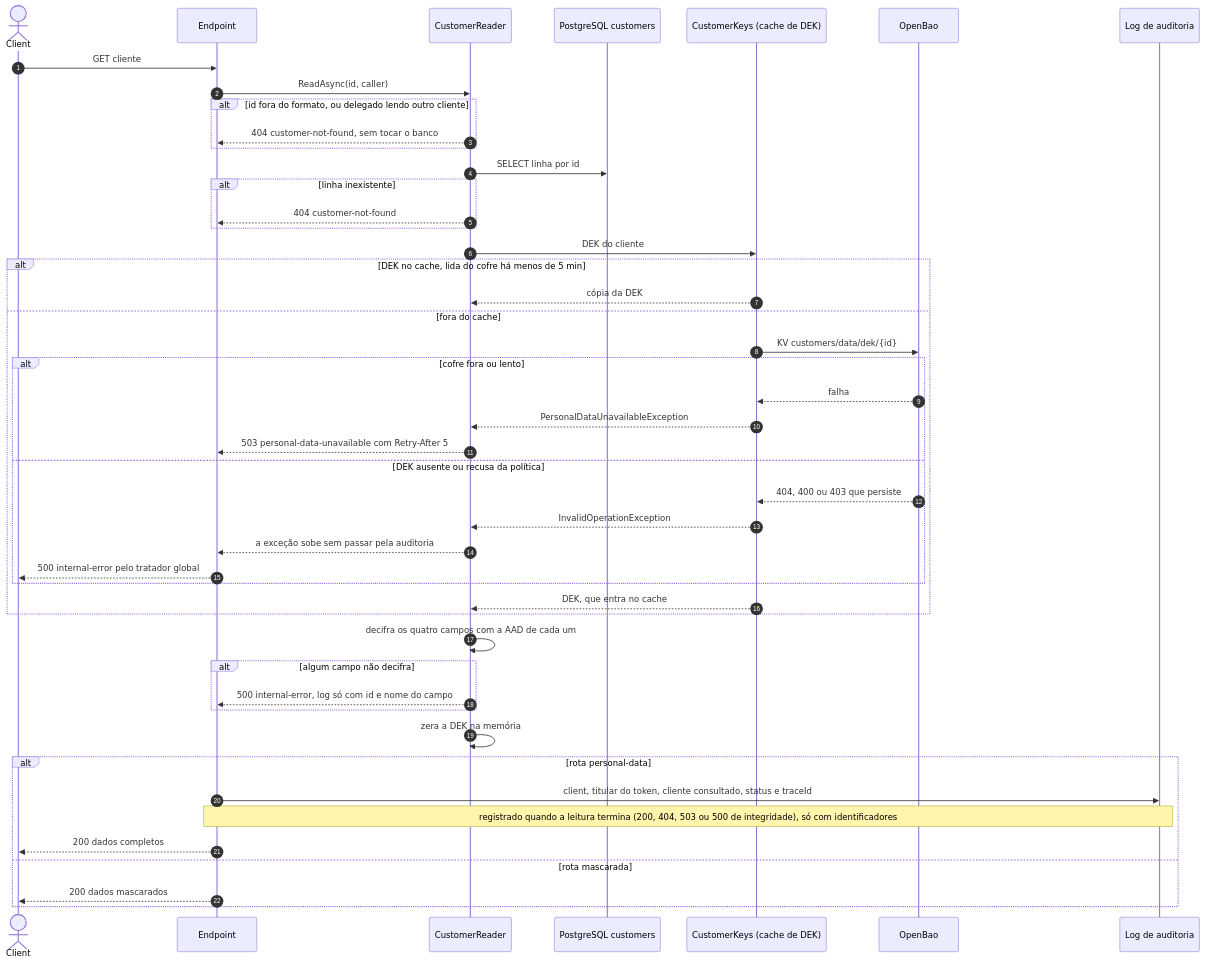
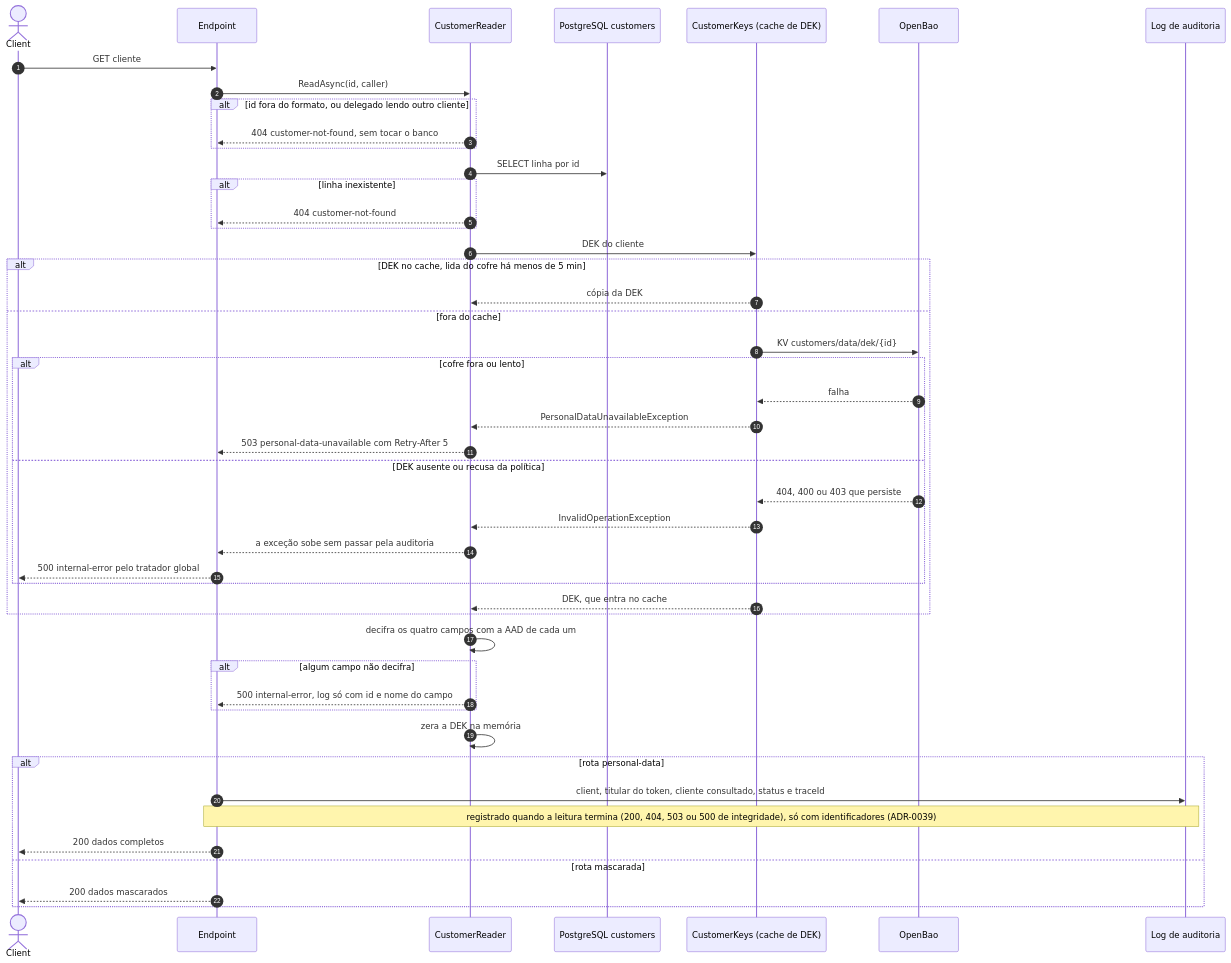
One commit to arthuurw/desafio-arquiteto-keyrus changed the second of 5 diagrams in docs/arquitetura/fluxos-customers.md. Above: the diagram before and after it, drawn with Mermaid. The commit also changed other lines of this file and 4 other files, not shown here.

First line of the commit message:
docs(fluxos): close the code review findings on the flow docs

````diff
--- a/docs/arquitetura/fluxos-customers.md
+++ b/docs/arquitetura/fluxos-customers.md
@@ -75,50 +75,50 @@
 ```mermaid
 sequenceDiagram
   autonumber
   actor C as Client
   participant E as Endpoint
   participant RD as CustomerReader
   participant DB as PostgreSQL customers
   participant K as CustomerKeys (cache de DEK)
   participant V as OpenBao
   participant AU as Log de auditoria
 
   C->>E: GET cliente
   E->>RD: ReadAsync(id, caller)
   alt id fora do formato, ou delegado lendo outro cliente
     RD-->>E: 404 customer-not-found, sem tocar o banco
   end
   RD->>DB: SELECT linha por id
   alt linha inexistente
     RD-->>E: 404 customer-not-found
   end
   RD->>K: DEK do cliente
   alt DEK no cache, lida do cofre há menos de 5 min
     K-->>RD: cópia da DEK
   else fora do cache
     K->>V: KV customers/data/dek/{id}
     alt cofre fora ou lento
       V-->>K: falha
       K-->>RD: PersonalDataUnavailableException
       RD-->>E: 503 personal-data-unavailable com Retry-After 5
     else DEK ausente ou recusa da política
       V-->>K: 404, 400 ou 403 que persiste
       K-->>RD: InvalidOperationException
       RD-->>E: a exceção sobe sem passar pela auditoria
       E-->>C: 500 internal-error pelo tratador global
     end
     K-->>RD: DEK, que entra no cache
   end
   RD->>RD: decifra os quatro campos com a AAD de cada um
   alt algum campo não decifra
     RD-->>E: 500 internal-error, log só com id e nome do campo
   end
   RD->>RD: zera a DEK na memória
   alt rota personal-data
     E->>AU: client, titular do token, cliente consultado, status e traceId
-    Note over E,AU: registrado quando a leitura termina (200, 404, 503 ou 500 de integridade), só com identificadores
+    Note over E,AU: registrado quando a leitura termina (200, 404, 503 ou 500 de integridade), só com identificadores (ADR-0039)
     E-->>C: 200 dados completos
   else rota mascarada
     E-->>C: 200 dados mascarados
   end
 ```
````
